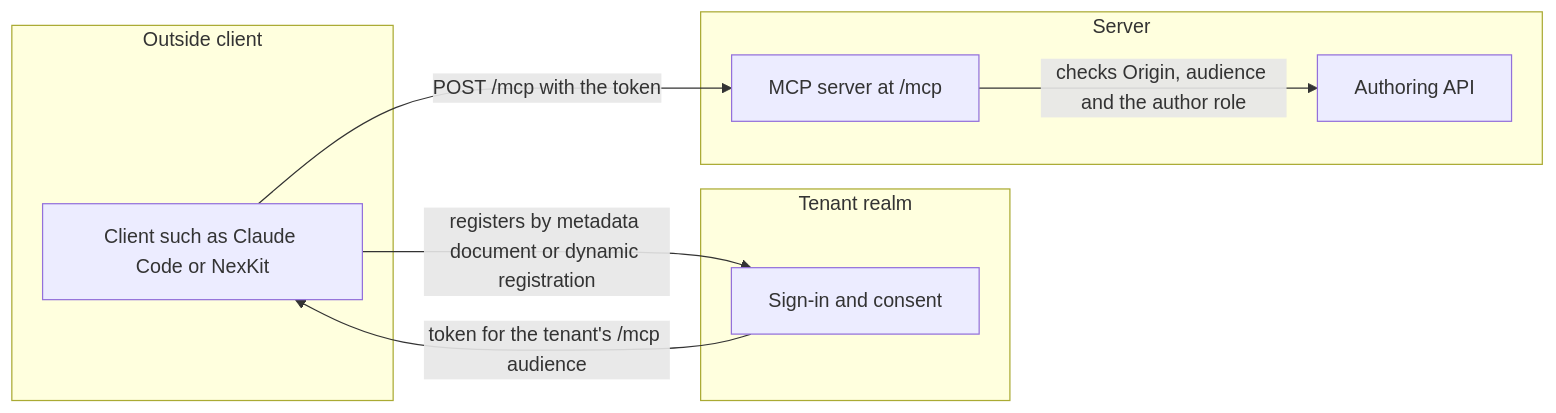
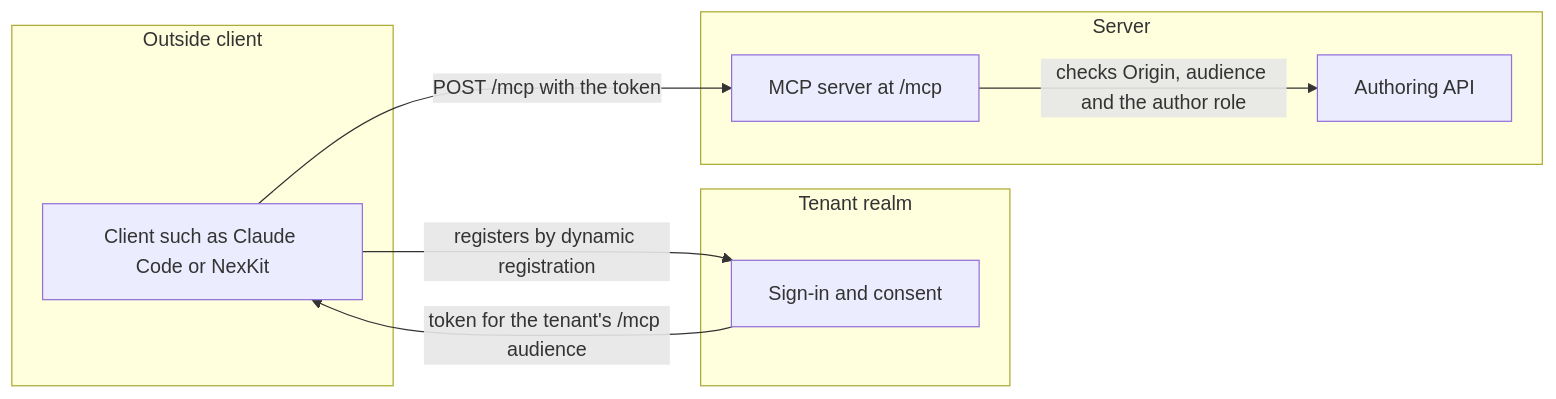
One commit to phuongnse/axis changed diagram 13 of 22 in docs/reference/threat-model-product.md. Above: the diagram before and after it, drawn with Mermaid. The commit also changed other lines of this file and 7 other files, not shown here.

First line of the commit message:
An outside MCP client registers by its Client ID Metadata Document, or by dynamic registration under strict policies (#2530)

````diff
--- a/docs/reference/threat-model-product.md
+++ b/docs/reference/threat-model-product.md
@@ -377,17 +377,17 @@
 ```mermaid
 flowchart LR
     subgraph client [Outside client]
         Tool[Client such as Claude Code or NexKit]
     end
     subgraph realm [Tenant realm]
         Consent[Sign-in and consent]
     end
     subgraph server [Server]
         Mcp[MCP server at /mcp]
         Api[Authoring API]
     end
-    Tool -->|registers by metadata document or dynamic registration| Consent
+    Tool -->|registers by dynamic registration| Consent
     Consent -->|token for the tenant's /mcp audience| Tool
     Tool -->|POST /mcp with the token| Mcp
     Mcp -->|checks Origin, audience and the author role| Api
 ```
````
